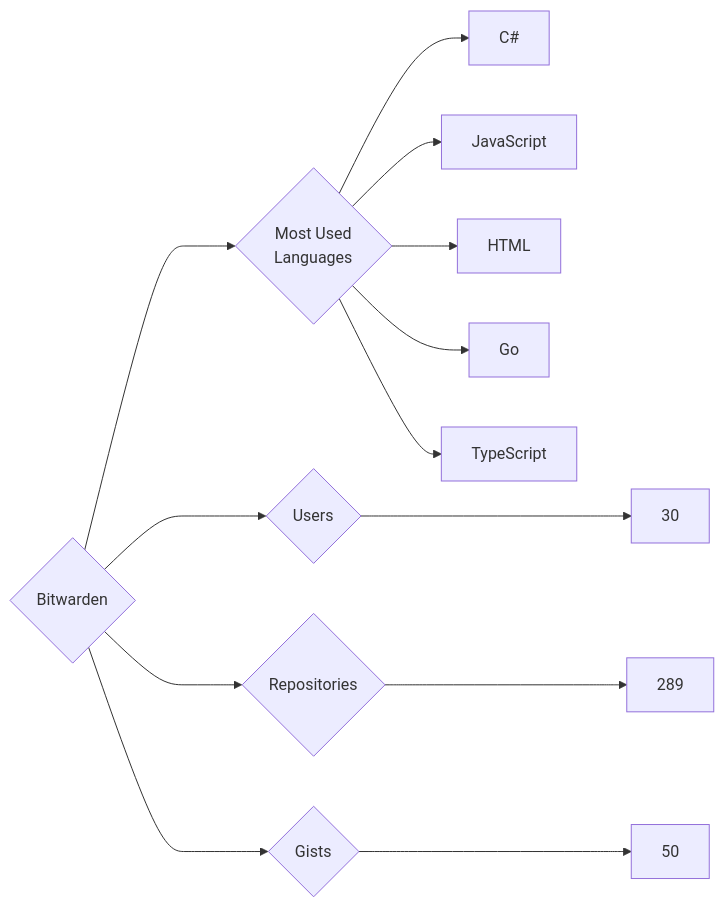
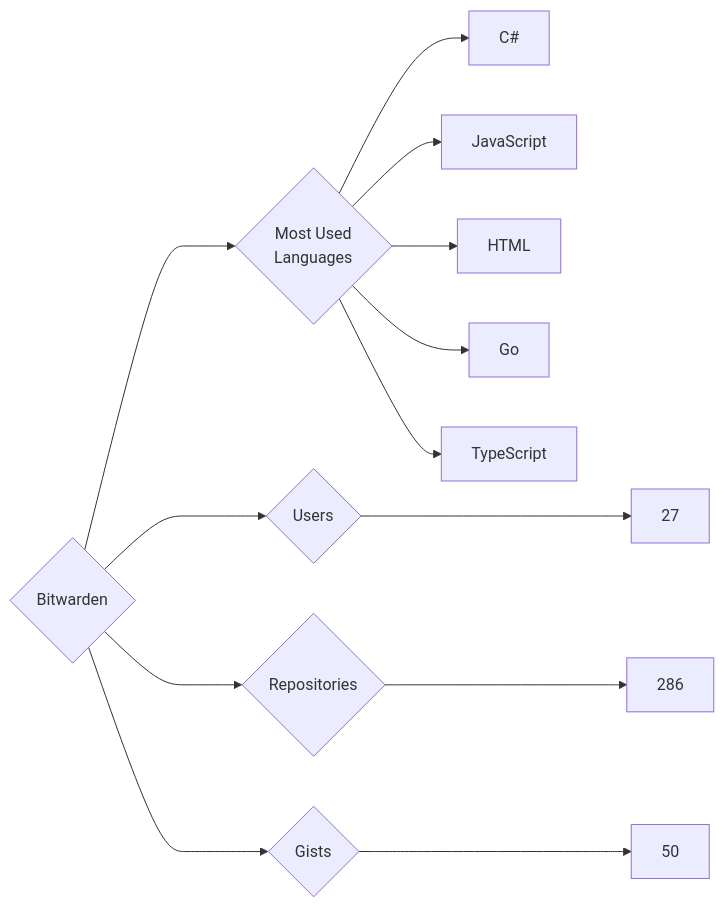
The diagram in targets/Bitwarden/README.md (trickest/insiders), drawn with Mermaid before and after one commit. The commit also changed 826 other files, not shown here.

````diff
--- a/targets/Bitwarden/README.md
+++ b/targets/Bitwarden/README.md
@@ -3,13 +3,13 @@
 ```mermaid
 graph LR
 COMPANY_NAME{Bitwarden}
-COMPANY_NAME ---> U{Users} ---> UN[30]
-COMPANY_NAME ---> R{Repositories} ---> RN[289]
+COMPANY_NAME ---> U{Users} ---> UN[27]
+COMPANY_NAME ---> R{Repositories} ---> RN[286]
 COMPANY_NAME ---> G{Gists} ---> GN[50]
 COMPANY_NAME ---> ML{Most Used<br>Languages}
 ML --> C#[C#]
 ML --> JavaScript[JavaScript]
 ML --> HTML[HTML]
 ML --> Go[Go]
 ML --> TypeScript[TypeScript]
 ```
````
